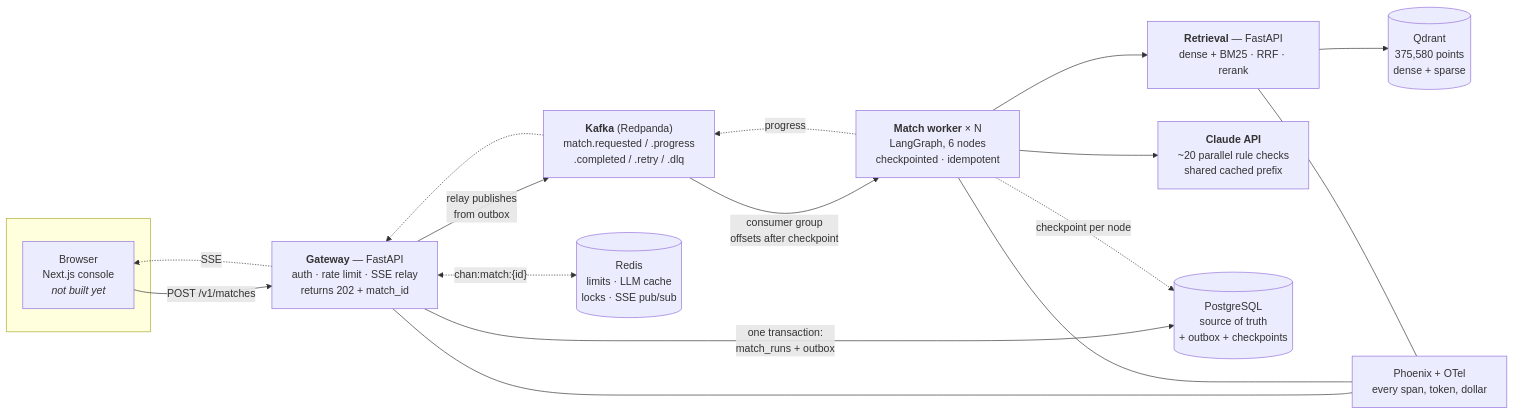
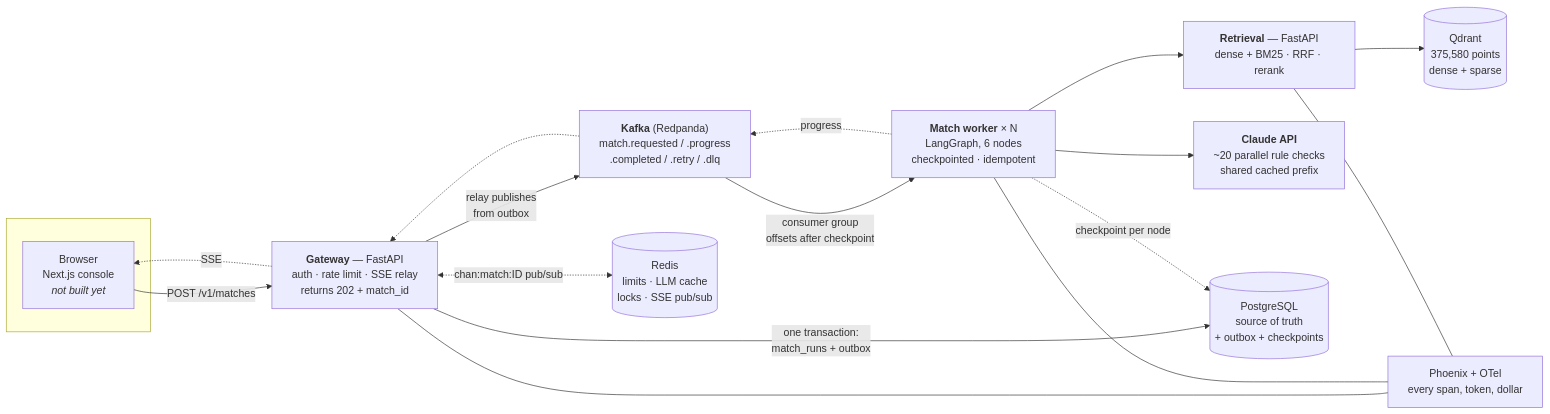
One commit to hasanmahdi2007/AIProject changed the diagram in docs/ARCHITECTURE.md. Above: the diagram before and after it, drawn with Mermaid. The commit also changed 1 other file, not shown here.

Commit message:
D: keep braces out of the Mermaid edge labels
A `{` inside a Mermaid flowchart label is a parser hazard even when quoted,
and GitHub renders these diagrams. The Redis channel pattern is spelled out
in prose a few lines below either diagram, so nothing is lost.

````diff
--- a/docs/ARCHITECTURE.md
+++ b/docs/ARCHITECTURE.md
@@ -44,33 +44,33 @@
 ```mermaid
 flowchart LR
     subgraph client[" "]
       B["Browser<br/>Next.js console<br/><i>not built yet</i>"]
     end
 
     G["<b>Gateway</b> — FastAPI<br/>auth · rate limit · SSE relay<br/>returns 202 + match_id"]
     K["<b>Kafka</b> (Redpanda)<br/>match.requested / .progress<br/>.completed / .retry / .dlq"]
     W["<b>Match worker</b> × N<br/>LangGraph, 6 nodes<br/>checkpointed · idempotent"]
     R["<b>Retrieval</b> — FastAPI<br/>dense + BM25 · RRF · rerank"]
     C["<b>Claude API</b><br/>~20 parallel rule checks<br/>shared cached prefix"]
 
     PG[("PostgreSQL<br/>source of truth<br/>+ outbox + checkpoints")]
     RD[("Redis<br/>limits · LLM cache<br/>locks · SSE pub/sub")]
     QD[("Qdrant<br/>375,580 points<br/>dense + sparse")]
     PX["Phoenix + OTel<br/>every span, token, dollar"]
 
     B -->|"POST /v1/matches"| G
     G -->|"one transaction:<br/>match_runs + outbox"| PG
     G -->|"relay publishes<br/>from outbox"| K
     K -->|"consumer group<br/>offsets after checkpoint"| W
     W --> R
     R --> QD
     W --> C
     W -.->|"checkpoint per node"| PG
     W -.->|"progress"| K
     K -.-> G
-    G <-.->|"chan:match:{id}"| RD
+    G <-.->|"chan:match:ID pub/sub"| RD
     G -.->|"SSE"| B
     G --- PX
     W --- PX
     R --- PX
 ```
````
